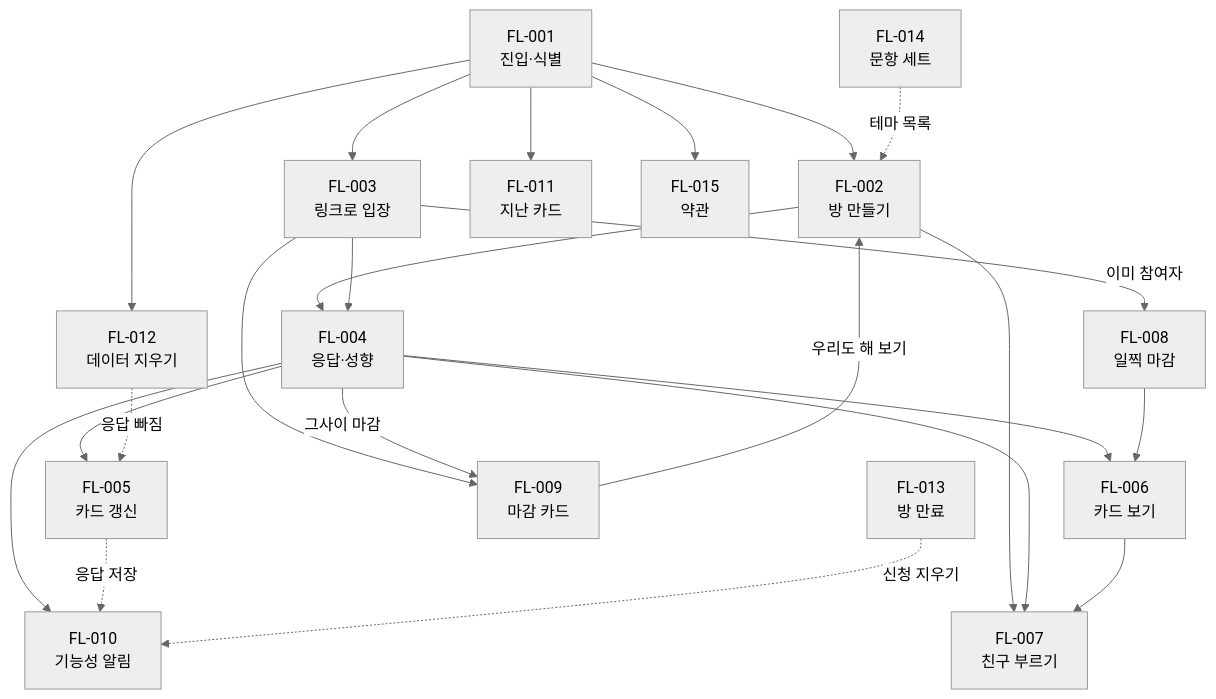
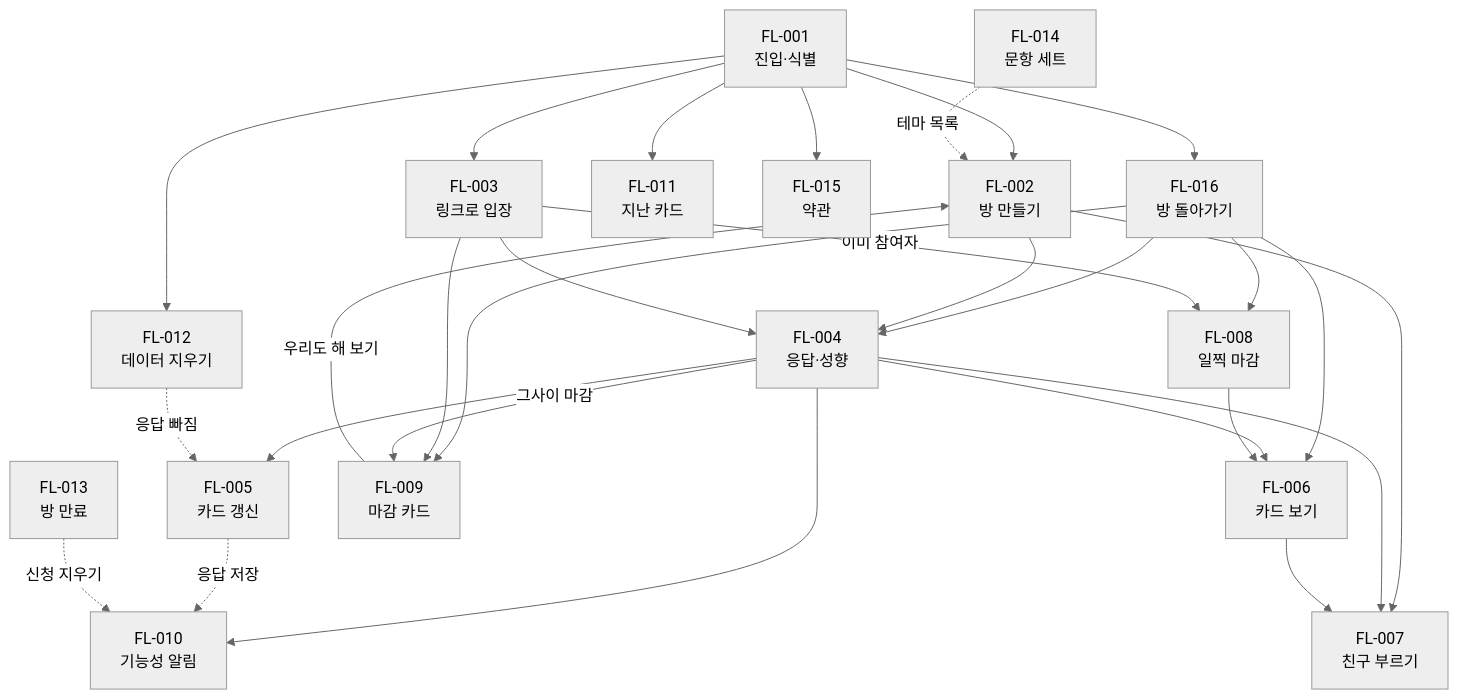
The diagram in docs/03-user-flow/README.md (kodonghui/moim-card), drawn with Mermaid (neutral theme) before and after one commit. The commit also changed other lines of this file and 12 other files, not shown here.

````diff
--- a/docs/03-user-flow/README.md
+++ b/docs/03-user-flow/README.md
@@ -32,41 +33,47 @@
 ```mermaid
 flowchart TD
   %% grammar: structure
   f1["FL-001<br/>진입·식별"]
   f2["FL-002<br/>방 만들기"]
   f3["FL-003<br/>링크로 입장"]
   f4["FL-004<br/>응답·성향"]
   f5["FL-005<br/>카드 갱신"]
   f6["FL-006<br/>카드 보기"]
   f7["FL-007<br/>친구 부르기"]
   f8["FL-008<br/>일찍 마감"]
   f9["FL-009<br/>마감 카드"]
   f10["FL-010<br/>기능성 알림"]
   f11["FL-011<br/>지난 카드"]
   f12["FL-012<br/>데이터 지우기"]
   f13["FL-013<br/>방 만료"]
   f14["FL-014<br/>문항 세트"]
   f15["FL-015<br/>약관"]
+  f16["FL-016<br/>방 돌아가기"]
   f1 --> f2
   f1 --> f3
   f1 --> f11
   f1 --> f12
   f1 --> f15
+  f1 --> f16
+  f16 --> f4
+  f16 --> f6
+  f16 --> f8
+  f16 --> f9
   f2 --> f4
   f2 --> f7
   f3 --> f4
   f3 --> f9
   f3 -->|"이미 참여자"| f8
   f4 --> f5
   f4 --> f6
   f4 --> f7
   f4 --> f10
   f4 -->|"그사이 마감"| f9
   f5 -.->|"응답 저장"| f10
   f6 --> f7
   f8 --> f6
   f9 -->|"우리도 해 보기"| f2
   f12 -.->|"응답 빠짐"| f5
   f13 -.->|"신청 지우기"| f10
   f14 -.->|"테마 목록"| f2
 ```
````
